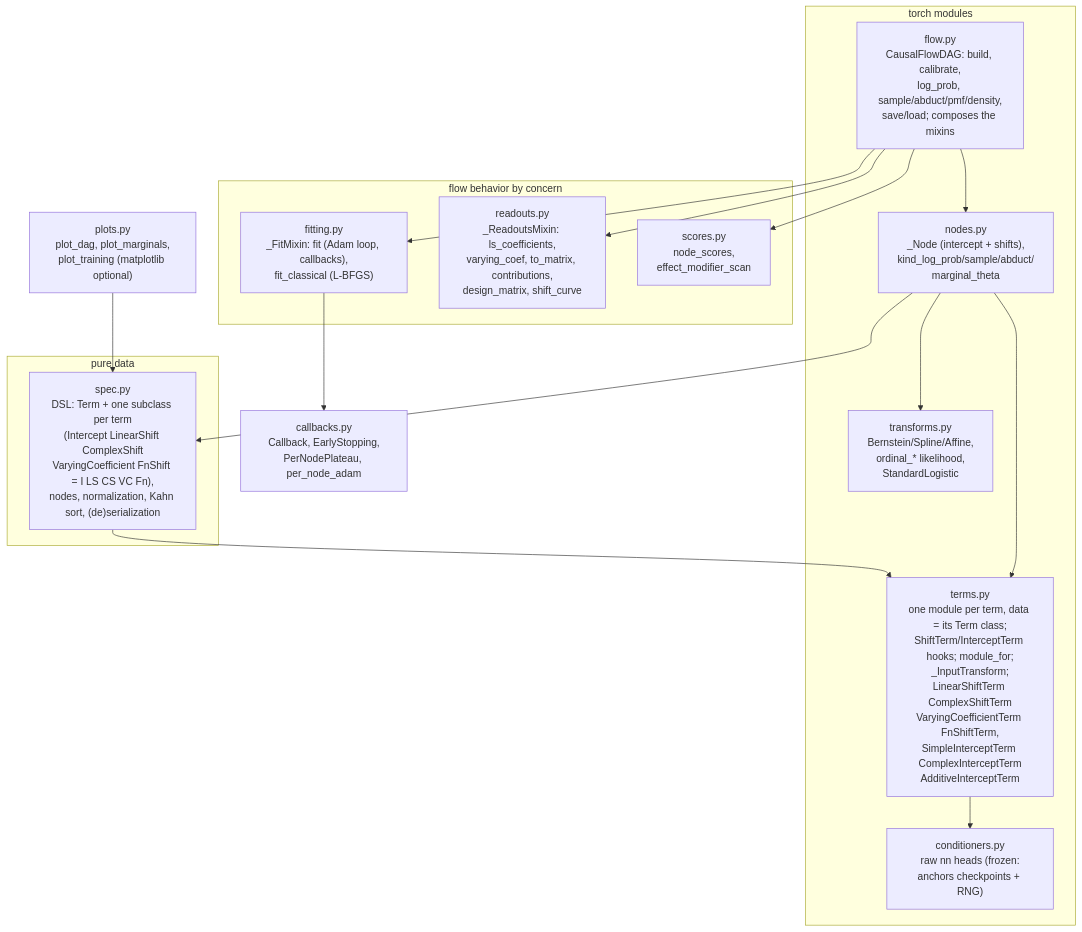
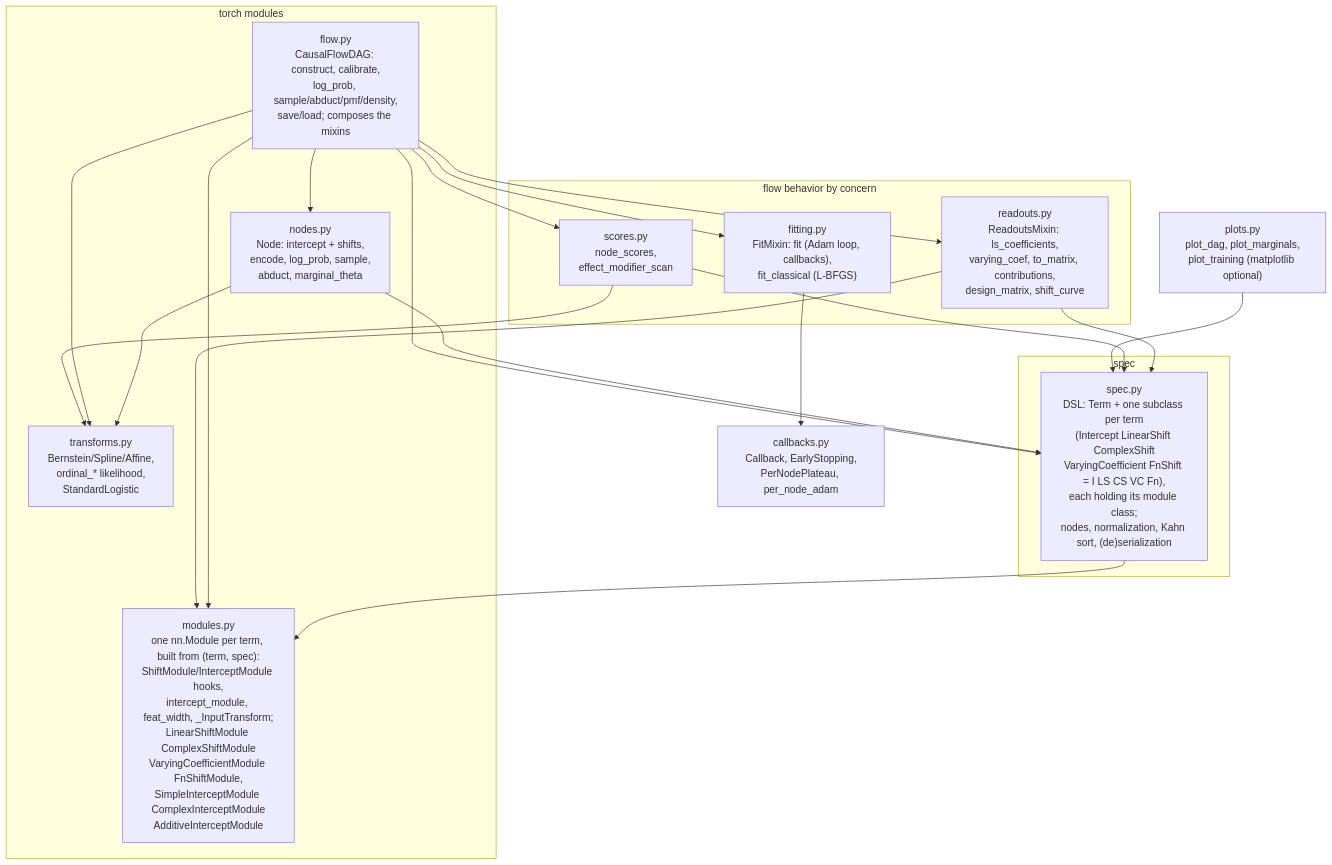
The first of 6 diagrams in docs/architecture.md (tensorchiefs/tramdag), drawn with Mermaid before and after one commit. The commit also changed other lines of this file and 8 other files, not shown here.

````diff
--- a/docs/architecture.md
+++ b/docs/architecture.md
@@ -12,32 +12,36 @@
 ```mermaid
 graph TD
-    subgraph data["pure data"]
-        spec["spec.py<br/>DSL: Term + one subclass per term<br/>(Intercept LinearShift ComplexShift<br/>VaryingCoefficient FnShift = I LS CS VC Fn),<br/>nodes, normalization, Kahn sort, (de)serialization"]
+    subgraph data["spec"]
+        spec["spec.py<br/>DSL: Term + one subclass per term<br/>(Intercept LinearShift ComplexShift<br/>VaryingCoefficient FnShift = I LS CS VC Fn),<br/>each holding its module class;<br/>nodes, normalization, Kahn sort, (de)serialization"]
     end
     subgraph torch["torch modules"]
-        terms["terms.py<br/>one module per term, data = its Term class;<br/>ShiftTerm/InterceptTerm hooks; module_for;<br/>_InputTransform;<br/>LinearShiftTerm ComplexShiftTerm<br/>VaryingCoefficientTerm FnShiftTerm,<br/>SimpleInterceptTerm ComplexInterceptTerm<br/>AdditiveInterceptTerm"]
-        conditioners["conditioners.py<br/>raw nn heads (frozen:<br/>anchors checkpoints + RNG)"]
+        modules["modules.py<br/>one nn.Module per term, built from (term, spec):<br/>ShiftModule/InterceptModule hooks,<br/>intercept_module, feat_width, _InputTransform;<br/>LinearShiftModule ComplexShiftModule<br/>VaryingCoefficientModule FnShiftModule,<br/>SimpleInterceptModule ComplexInterceptModule<br/>AdditiveInterceptModule"]
         transforms["transforms.py<br/>Bernstein/Spline/Affine,<br/>ordinal_* likelihood,<br/>StandardLogistic"]
-        nodes["nodes.py<br/>_Node (intercept + shifts),<br/>kind_log_prob/sample/abduct/<br/>marginal_theta"]
-        flow["flow.py<br/>CausalFlowDAG: build, calibrate,<br/>log_prob, sample/abduct/pmf/density,<br/>save/load; composes the mixins"]
+        nodes["nodes.py<br/>Node: intercept + shifts,<br/>encode, log_prob, sample,<br/>abduct, marginal_theta"]
+        flow["flow.py<br/>CausalFlowDAG: construct, calibrate,<br/>log_prob, sample/abduct/pmf/density,<br/>save/load; composes the mixins"]
     end
     subgraph functions["flow behavior by concern"]
-        fitting["fitting.py<br/>_FitMixin: fit (Adam loop, callbacks),<br/>fit_classical (L-BFGS)"]
-        readouts["readouts.py<br/>_ReadoutsMixin: ls_coefficients,<br/>varying_coef, to_matrix, contributions,<br/>design_matrix, shift_curve"]
+        fitting["fitting.py<br/>FitMixin: fit (Adam loop, callbacks),<br/>fit_classical (L-BFGS)"]
+        readouts["readouts.py<br/>ReadoutsMixin: ls_coefficients,<br/>varying_coef, to_matrix, contributions,<br/>design_matrix, shift_curve"]
         scores["scores.py<br/>node_scores,<br/>effect_modifier_scan"]
     end
     callbacks["callbacks.py<br/>Callback, EarlyStopping,<br/>PerNodePlateau, per_node_adam"]
     plots["plots.py<br/>plot_dag, plot_marginals,<br/>plot_training (matplotlib optional)"]
 
-    spec --> terms
-    plots --> spec
-    terms --> conditioners
-    nodes --> terms
+    spec --> modules
     nodes --> spec
     nodes --> transforms
     flow --> nodes
+    flow --> modules
+    flow --> spec
+    flow --> transforms
     flow --> fitting
     flow --> readouts
     flow --> scores
     fitting --> callbacks
+    readouts --> modules
+    readouts --> spec
+    scores --> spec
+    scores --> transforms
+    plots --> spec
 ```
````
